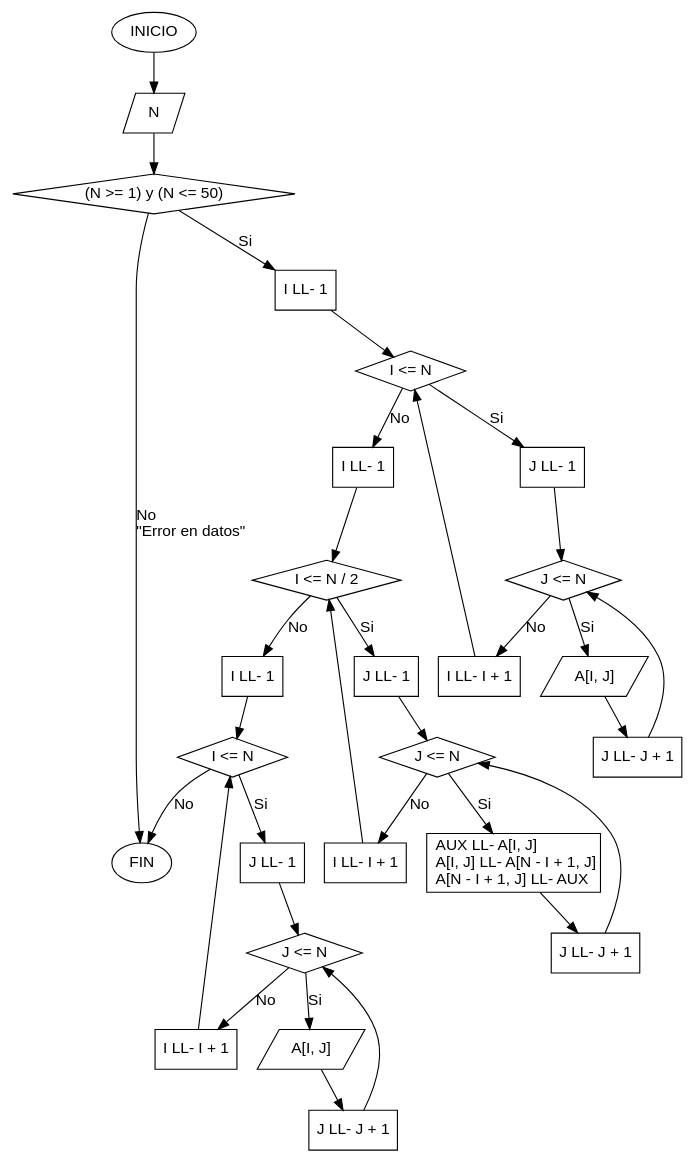
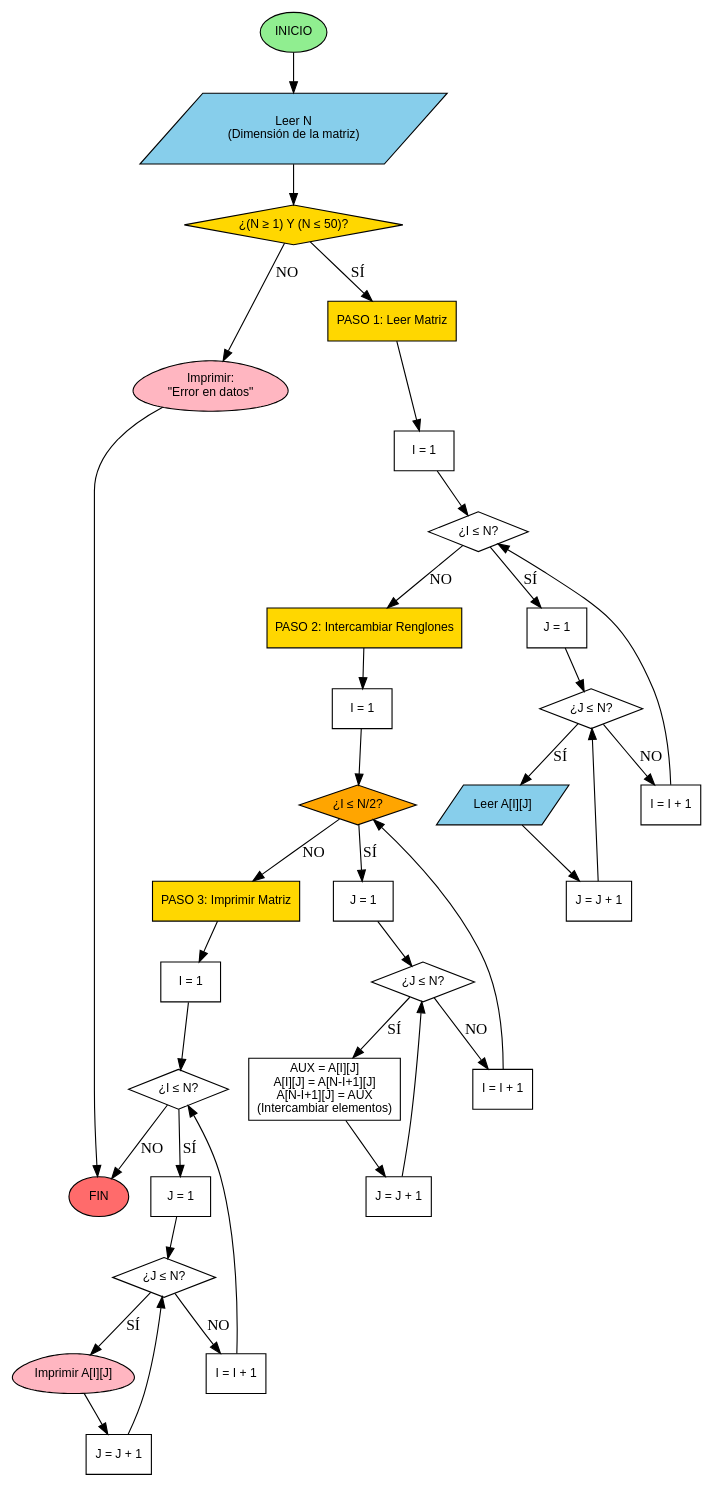
Before and after one commit to RosarioReyesMtz/java-tutor-tics: the diagram in Diagramas/problema_4_13.dot, drawn with Graphviz. The commit also changed 40 other files, not shown here.

```diff
--- a/Diagramas/problema_4_13.dot
+++ b/Diagramas/problema_4_13.dot
@@ -1,72 +1,91 @@
-digraph Diagrama_4_21 {
-    graph [fontname="Arial"];
-    node [fontname="Arial", shape=ellipse, style=solid];
-    edge [fontname="Arial"];
-
-    inicio [label="INICIO"];
-    fin [label="FIN"];
+digraph problema_4_13 {
+    // Configuración general
+    rankdir=TB;
+    node [fontname="Arial", fontsize=11];
     
-    node [shape=parallelogram, style=solid];
-    lectura_n [label="N"];
-    lectura_a [label="A[I, J]"];
+    // Inicio
+    inicio [label="INICIO", shape=ellipse, style=filled, fillcolor="#90EE90"];
     
-    node [shape=parallelogram, style="solid,waves", waves=bottom];
-    escritura_a [label="A[I, J]"];
-
-    node [shape=rect, style=solid];
-    init_i_read [label="I \L\L- 1"];
-    init_j_read [label="J \L\L- 1"];
-    inc_j_read [label="J \L\L- J + 1"];
-    inc_i_read [label="I \L\L- I + 1"];
+    // Entrada N
+    entrada_n [label="Leer N\n(Dimensión de la matriz)", shape=parallelogram, style=filled, fillcolor="#87CEEB"];
     
-    init_i_swap [label="I \L\L- 1"];
-    init_j_swap [label="J \L\L- 1"];
-    swap_logic [label="AUX \L\L- A[I, J]\lA[I, J] \L\L- A[N - I + 1, J]\lA[N - I + 1, J] \L\L- AUX\l"];
-    inc_j_swap [label="J \L\L- J + 1"];
-    inc_i_swap [label="I \L\L- I + 1"];
+    // Validación
+    validar [label="¿(N ≥ 1) Y (N ≤ 50)?", shape=diamond, style=filled, fillcolor="#FFD700"];
+    error [label="Imprimir:\n\"Error en datos\"", shape=egg, style=filled, fillcolor="#FFB6C1"];
     
-    init_i_write [label="I \L\L- 1"];
-    init_j_write [label="J \L\L- 1"];
-    inc_j_write [label="J \L\L- J + 1"];
-    inc_i_write [label="I \L\L- I + 1"];
-
-    node [shape=diamond, style=solid];
-    cond_n [label="(N >= 1) y (N <= 50)"];
-    cond_i_read [label="I <= N"];
-    cond_j_read [label="J <= N"];
-    cond_i_swap [label="I <= N / 2"];
-    cond_j_swap [label="J <= N"];
-    cond_i_write [label="I <= N"];
-    cond_j_write [label="J <= N"];
+    // LECTURA DE MATRIZ
+    titulo_leer [label="PASO 1: Leer Matriz", shape=box, style=filled, fillcolor="#FFD700"];
+    init_i_leer [label="I = 1", shape=box];
+    ciclo_i_leer [label="¿I ≤ N?", shape=diamond];
+    init_j_leer [label="J = 1", shape=box];
+    ciclo_j_leer [label="¿J ≤ N?", shape=diamond];
+    leer_elem [label="Leer A[I][J]", shape=parallelogram, style=filled, fillcolor="#87CEEB"];
+    inc_j_leer [label="J = J + 1", shape=box];
+    inc_i_leer [label="I = I + 1", shape=box];
     
-    inicio -> lectura_n -> cond_n;
-    cond_n -> init_i_read [label="Si"];
-    cond_n -> fin [label="No\l\"Error en datos\"\l"];
+    // INTERCAMBIO DE RENGLONES
+    titulo_swap [label="PASO 2: Intercambiar Renglones", shape=box, style=filled, fillcolor="#FFD700"];
+    init_i_swap [label="I = 1", shape=box];
+    ciclo_i_swap [label="¿I ≤ N/2?", shape=diamond, style=filled, fillcolor="#FFA500"];
+    init_j_swap [label="J = 1", shape=box];
+    ciclo_j_swap [label="¿J ≤ N?", shape=diamond];
+    swap [label="AUX = A[I][J]\nA[I][J] = A[N-I+1][J]\nA[N-I+1][J] = AUX\n(Intercambiar elementos)", shape=box];
+    inc_j_swap [label="J = J + 1", shape=box];
+    inc_i_swap [label="I = I + 1", shape=box];
     
-    init_i_read -> cond_i_read;
-    cond_i_read -> init_j_read [label="Si"];
-    init_j_read -> cond_j_read;
-    cond_j_read -> lectura_a [label="Si"];
-    lectura_a -> inc_j_read -> cond_j_read;
-    cond_j_read -> inc_i_read [label="No"];
-    inc_i_read -> cond_i_read;
+    // IMPRESIÓN DE MATRIZ
+    titulo_impr [label="PASO 3: Imprimir Matriz", shape=box, style=filled, fillcolor="#FFD700"];
+    init_i_impr [label="I = 1", shape=box];
+    ciclo_i_impr [label="¿I ≤ N?", shape=diamond];
+    init_j_impr [label="J = 1", shape=box];
+    ciclo_j_impr [label="¿J ≤ N?", shape=diamond];
+    impr_elem [label="Imprimir A[I][J]", shape=egg, style=filled, fillcolor="#FFB6C1"];
+    inc_j_impr [label="J = J + 1", shape=box];
+    inc_i_impr [label="I = I + 1", shape=box];
     
-    cond_i_read -> init_i_swap [label="No"];
-    init_i_swap -> cond_i_swap;
-    cond_i_swap -> init_j_swap [label="Si"];
-    init_j_swap -> cond_j_swap;
-    cond_j_swap -> swap_logic [label="Si"];
-    swap_logic -> inc_j_swap -> cond_j_swap;
-    cond_j_swap -> inc_i_swap [label="No"];
-    inc_i_swap -> cond_i_swap;
+    // Fin
+    fin [label="FIN", shape=ellipse, style=filled, fillcolor="#FF6B6B"];
     
-    cond_i_swap -> init_i_write [label="No"];
-    init_i_write -> cond_i_write;
-    cond_i_write -> init_j_write [label="Si"];
-    init_j_write -> cond_j_write;
-    cond_j_write -> escritura_a [label="Si"];
-    escritura_a -> inc_j_write -> cond_j_write;
-    cond_j_write -> inc_i_write [label="No"];
-    inc_i_write -> cond_i_write;
-    cond_i_write -> fin [label="No"];
+    // Conexiones
+    inicio -> entrada_n;
+    entrada_n -> validar;
+    validar -> titulo_leer [label="SÍ"];
+    validar -> error [label="NO"];
+    error -> fin;
+    
+    // Lectura
+    titulo_leer -> init_i_leer;
+    init_i_leer -> ciclo_i_leer;
+    ciclo_i_leer -> init_j_leer [label="SÍ"];
+    init_j_leer -> ciclo_j_leer;
+    ciclo_j_leer -> leer_elem [label="SÍ"];
+    leer_elem -> inc_j_leer;
+    inc_j_leer -> ciclo_j_leer;
+    ciclo_j_leer -> inc_i_leer [label="NO"];
+    inc_i_leer -> ciclo_i_leer;
+    
+    // Intercambio
+    ciclo_i_leer -> titulo_swap [label="NO"];
+    titulo_swap -> init_i_swap;
+    init_i_swap -> ciclo_i_swap;
+    ciclo_i_swap -> init_j_swap [label="SÍ"];
+    init_j_swap -> ciclo_j_swap;
+    ciclo_j_swap -> swap [label="SÍ"];
+    swap -> inc_j_swap;
+    inc_j_swap -> ciclo_j_swap;
+    ciclo_j_swap -> inc_i_swap [label="NO"];
+    inc_i_swap -> ciclo_i_swap;
+    
+    // Impresión
+    ciclo_i_swap -> titulo_impr [label="NO"];
+    titulo_impr -> init_i_impr;
+    init_i_impr -> ciclo_i_impr;
+    ciclo_i_impr -> init_j_impr [label="SÍ"];
+    init_j_impr -> ciclo_j_impr;
+    ciclo_j_impr -> impr_elem [label="SÍ"];
+    impr_elem -> inc_j_impr;
+    inc_j_impr -> ciclo_j_impr;
+    ciclo_j_impr -> inc_i_impr [label="NO"];
+    inc_i_impr -> ciclo_i_impr;
+    ciclo_i_impr -> fin [label="NO"];
 }
```
